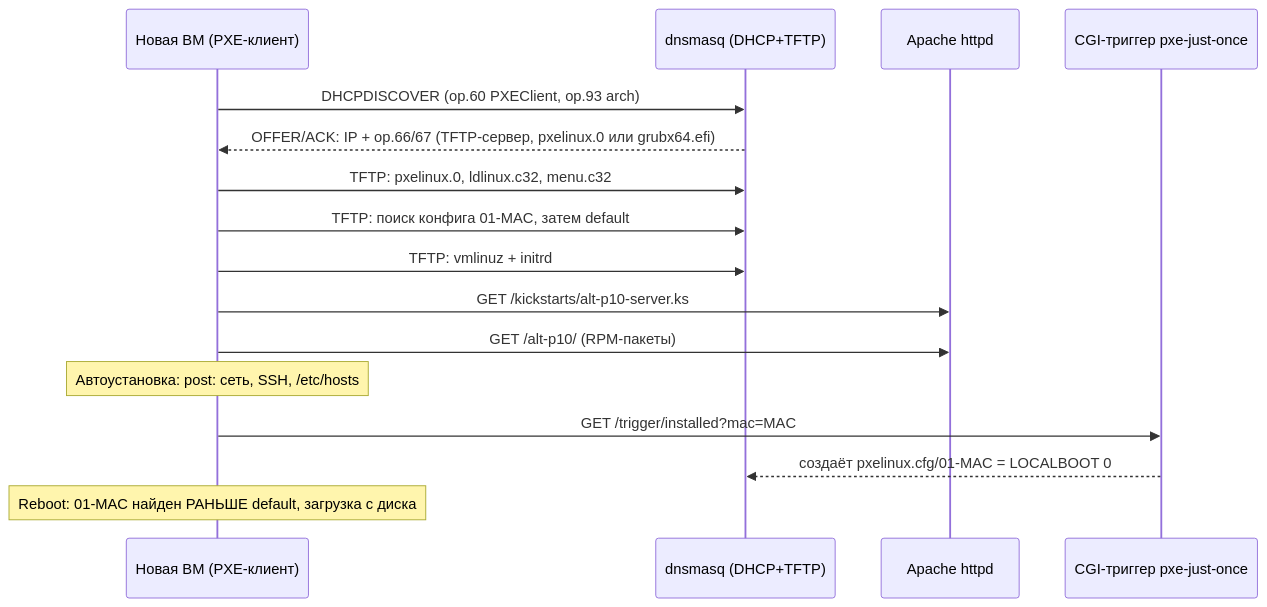
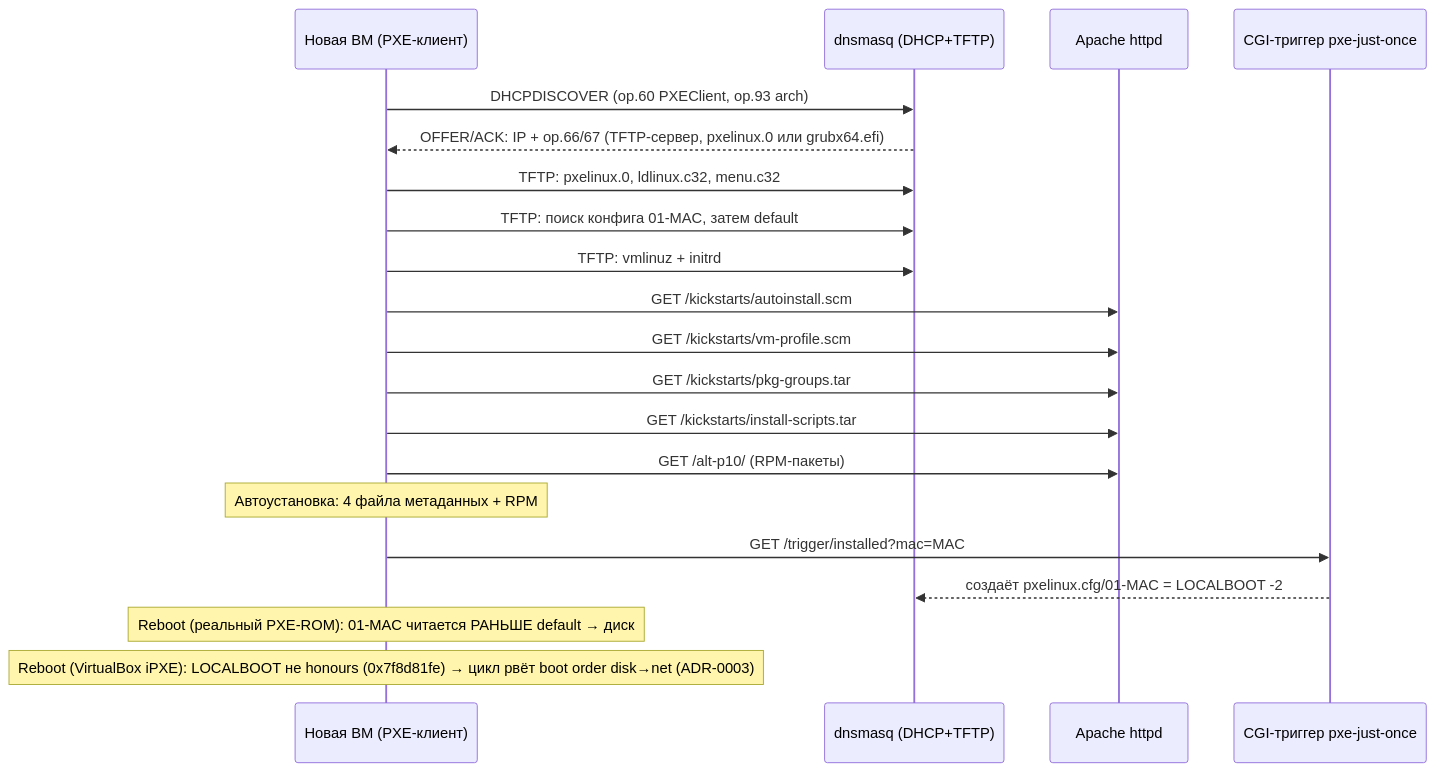
One commit to MatthewAlekseyev/techcore-infra changed the second of 2 diagrams in README.md. Above: the diagram before and after it, drawn with Mermaid. The commit also changed other lines of this file and 1 other file, not shown here.

First line of the commit message:
docs(readme): close scripts/ gap surfaced by ls; honest reproducibility boundary

````diff
--- a/README.md
+++ b/README.md
@@ -106,18 +109,22 @@
 ```mermaid
 sequenceDiagram
     participant VM as Новая ВМ (PXE-клиент)
     participant D as dnsmasq (DHCP+TFTP)
     participant H as Apache httpd
     participant T as CGI-триггер pxe-just-once
     VM->>D: DHCPDISCOVER (op.60 PXEClient, op.93 arch)
     D-->>VM: OFFER/ACK: IP + op.66/67 (TFTP-сервер, pxelinux.0 или grubx64.efi)
     VM->>D: TFTP: pxelinux.0, ldlinux.c32, menu.c32
     VM->>D: TFTP: поиск конфига 01-MAC, затем default
     VM->>D: TFTP: vmlinuz + initrd
-    VM->>H: GET /kickstarts/alt-p10-server.ks
+    VM->>H: GET /kickstarts/autoinstall.scm
+    VM->>H: GET /kickstarts/vm-profile.scm
+    VM->>H: GET /kickstarts/pkg-groups.tar
+    VM->>H: GET /kickstarts/install-scripts.tar
     VM->>H: GET /alt-p10/ (RPM-пакеты)
-    Note over VM: Автоустановка: post: сеть, SSH, /etc/hosts
+    Note over VM: Автоустановка: 4 файла метаданных + RPM
     VM->>T: GET /trigger/installed?mac=MAC
-    T-->>D: создаёт pxelinux.cfg/01-MAC = LOCALBOOT 0
-    Note over VM: Reboot: 01-MAC найден РАНЬШЕ default, загрузка с диска
+    T-->>D: создаёт pxelinux.cfg/01-MAC = LOCALBOOT -2
+    Note over VM: Reboot (реальный PXE-ROM): 01-MAC читается РАНЬШЕ default → диск
+    Note over VM: Reboot (VirtualBox iPXE): LOCALBOOT не honours (0x7f8d81fe) → цикл рвёт boot order disk→net (ADR-0003)
 ```
````
